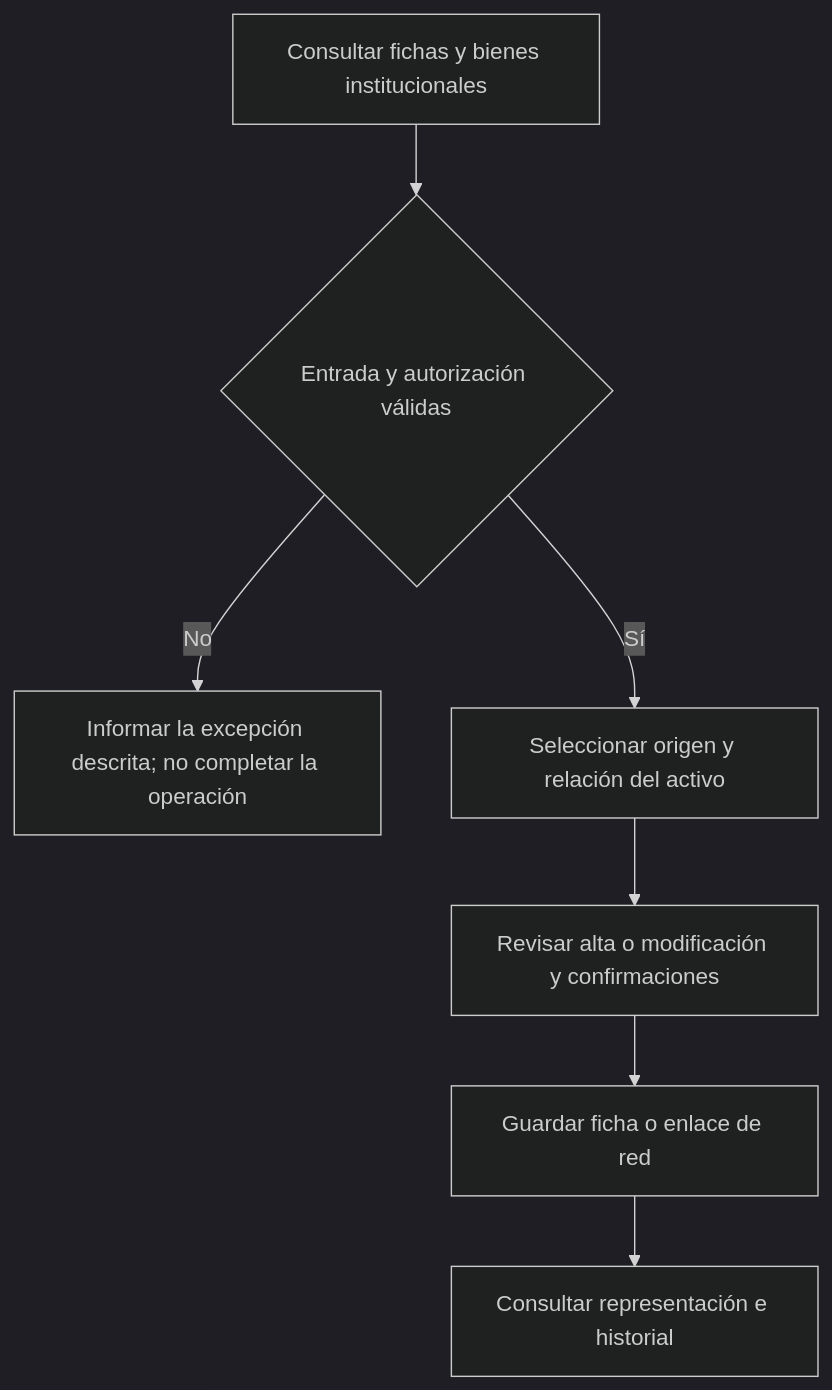
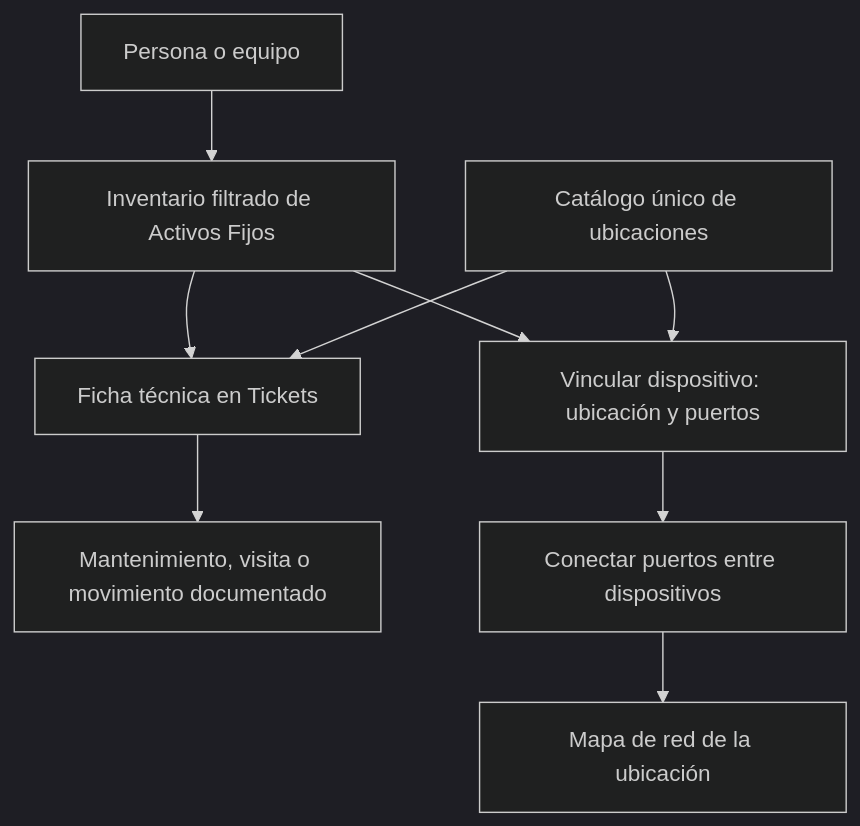
Diagram 11 of 24 in casos-de uso.md (EMETRA/Sistema-tickets), drawn with Mermaid (dark theme) before and after one commit. The commit also changed other lines of this file and 1 other file, not shown here.

Commit message:
docs: explicar tareas de personal, activos y red

````diff
--- a/casos-de uso.md
+++ b/casos-de uso.md
@@ -652,15 +643,11 @@
 ```mermaid
 flowchart TD
-  inicio["Consultar fichas y bienes institucionales"]
-  control{"Entrada y autorización válidas"}
-  inicio --> control
-  control -->|No| rechazo["Informar la excepción descrita; no completar la operación"]
-  paso1["Seleccionar origen y relación del activo"]
-  control -->|Sí| paso1
-  paso2["Revisar alta o modificación y confirmaciones"]
-  paso1 --> paso2
-  paso3["Guardar ficha o enlace de red"]
-  paso2 --> paso3
-  paso4["Consultar representación e historial"]
-  paso3 --> paso4
+  persona["Persona o equipo"] --> inventario["Inventario filtrado de Activos Fijos"]
+  inventario --> ficha["Ficha técnica en Tickets"]
+  ficha --> trabajo["Mantenimiento, visita o movimiento documentado"]
+  inventario --> dispositivo["Vincular dispositivo: ubicación y puertos"]
+  dispositivo --> conexion["Conectar puertos entre dispositivos"]
+  conexion --> mapa["Mapa de red de la ubicación"]
+  ubicacion["Catálogo único de ubicaciones"] --> ficha
+  ubicacion --> dispositivo
 ```
````
